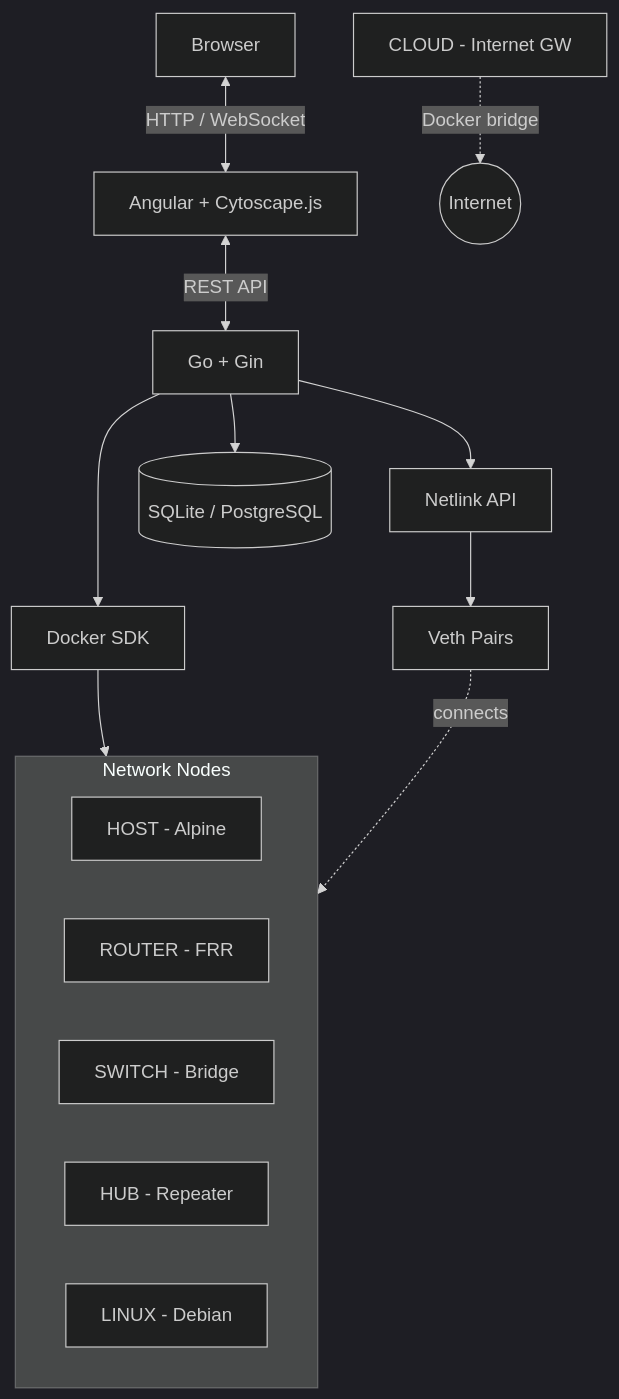
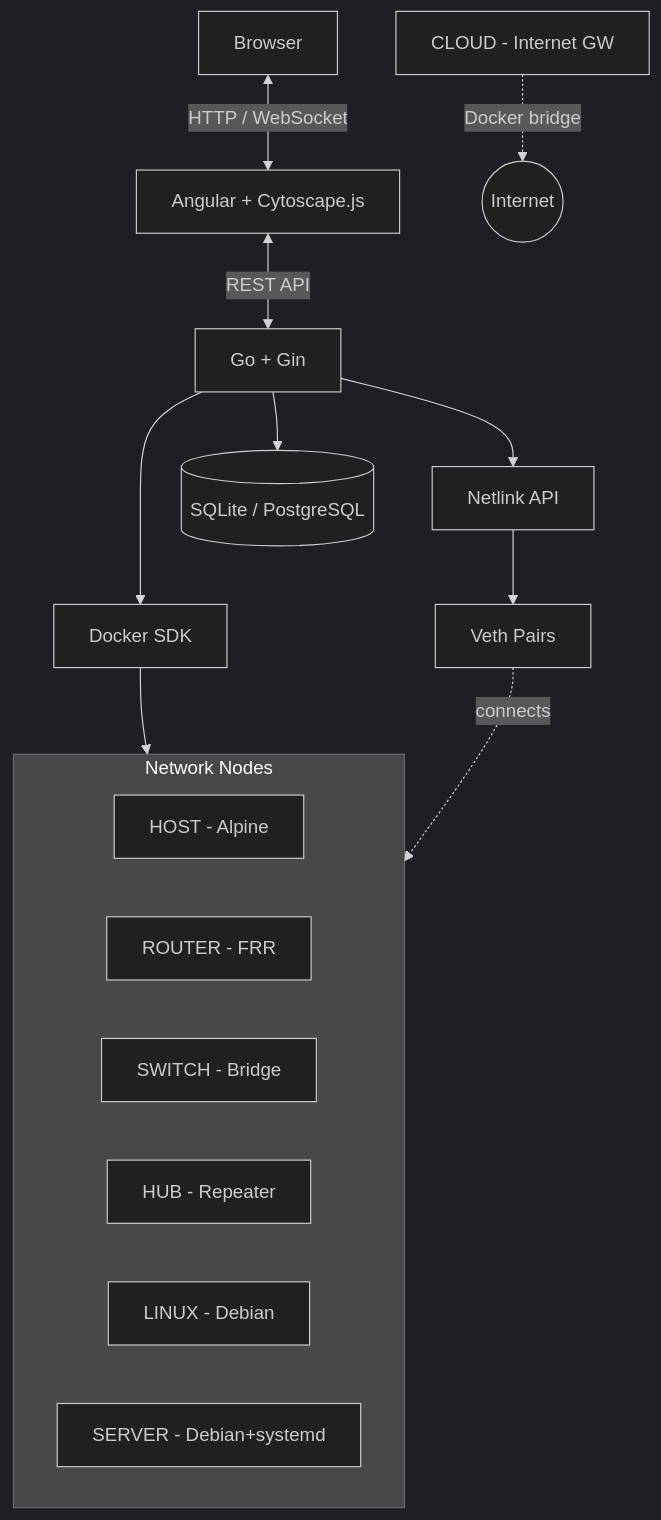
One commit to RArielVillalobos/open-veth changed the diagram in README.md. Above: the diagram before and after it, drawn with Mermaid (dark theme). The commit also changed other lines of this file and 11 other files, not shown here.

Commit message:
feat: add server node type with systemd for sysadmin and services labs

````diff
--- a/README.md
+++ b/README.md
@@ -166,24 +168,25 @@
 ```mermaid
 graph TD
     Browser[Browser] <-->|HTTP / WebSocket| Frontend[Angular + Cytoscape.js]
     Frontend <-->|REST API| Backend[Go + Gin]
 
     Backend --> Docker[Docker SDK]
     Backend --> Netlink[Netlink API]
     Backend --> DB[(SQLite / PostgreSQL)]
 
     Docker --> Containers
     Netlink --> Veth[Veth Pairs]
 
     subgraph Containers [Network Nodes]
         H[HOST - Alpine]
         R[ROUTER - FRR]
         S[SWITCH - Bridge]
         HB[HUB - Repeater]
         L[LINUX - Debian]
+        SRV[SERVER - Debian+systemd]
     end
 
     Veth -.->|connects| Containers
 
     C[CLOUD - Internet GW] -.->|Docker bridge| Internet((Internet))
 ```
````
